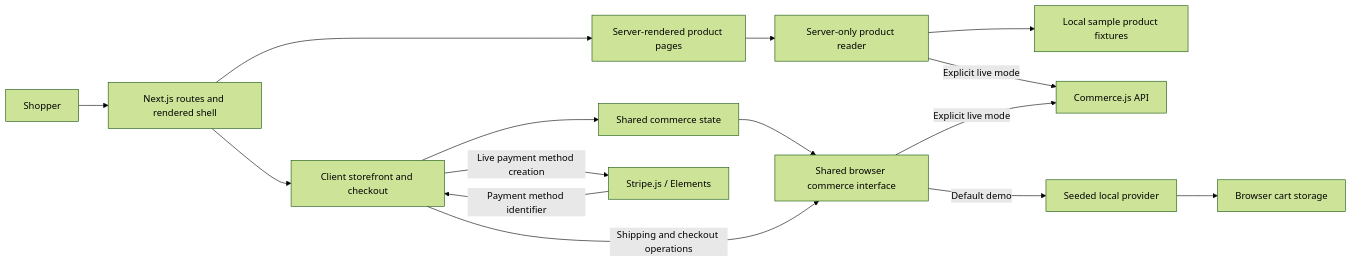
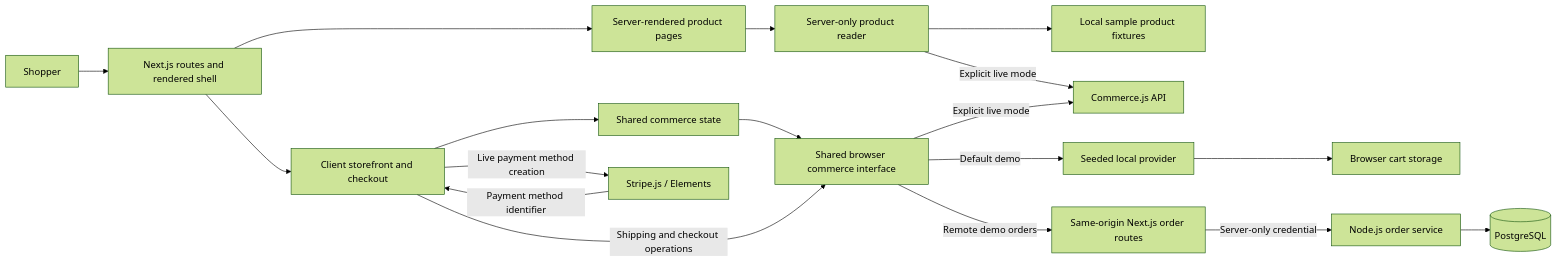
One commit to joydas65/Ecommerce-Store changed the diagram in README.md. Above: the diagram before and after it, drawn with Mermaid (forest theme). The commit also changed other lines of this file and 30 other files, not shown here.

````diff
--- a/README.md
+++ b/README.md
@@ -40,17 +41,20 @@
 ```mermaid
 flowchart LR
     Shopper[Shopper] --> Next[Next.js routes and rendered shell]
     Next --> Detail[Server-rendered product pages]
     Detail --> Reader[Server-only product reader]
     Reader --> Fixtures[Local sample product fixtures]
     Reader -->|Explicit live mode| Commerce[Commerce.js API]
     Next --> UI[Client storefront and checkout]
     UI --> State[Shared commerce state]
     State --> Adapter[Shared browser commerce interface]
     UI -->|Shipping and checkout operations| Adapter
     Adapter -->|Default demo| Demo[Seeded local provider]
     Demo --> Cart[Browser cart storage]
+    Adapter -->|Remote demo orders| BFF[Same-origin Next.js order routes]
+    BFF -->|Server-only credential| Orders[Node.js order service]
+    Orders --> DB[(PostgreSQL)]
     Adapter -->|Explicit live mode| Commerce[Commerce.js API]
     UI -->|Live payment method creation| Stripe[Stripe.js / Elements]
     Stripe -->|Payment method identifier| UI
 ```
````
